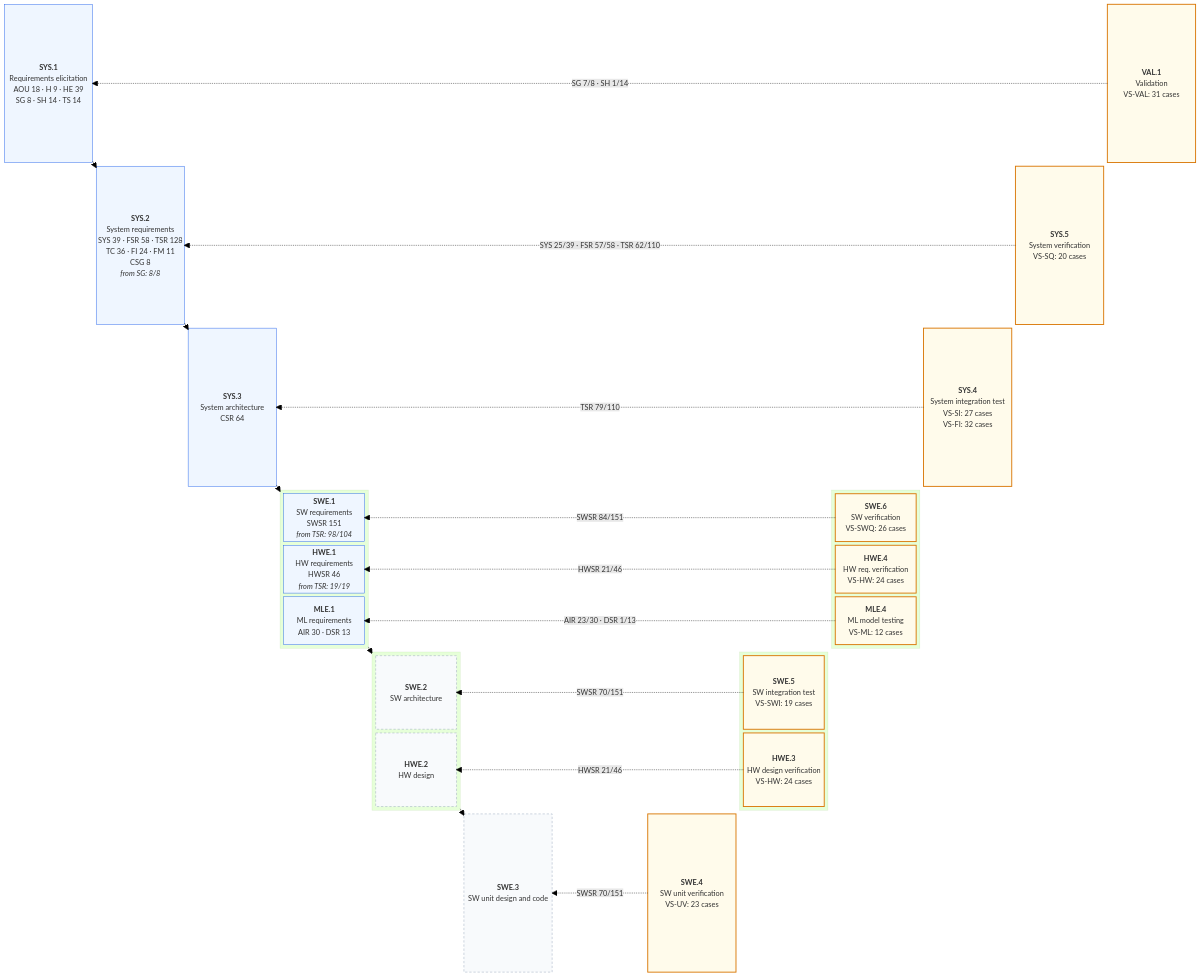
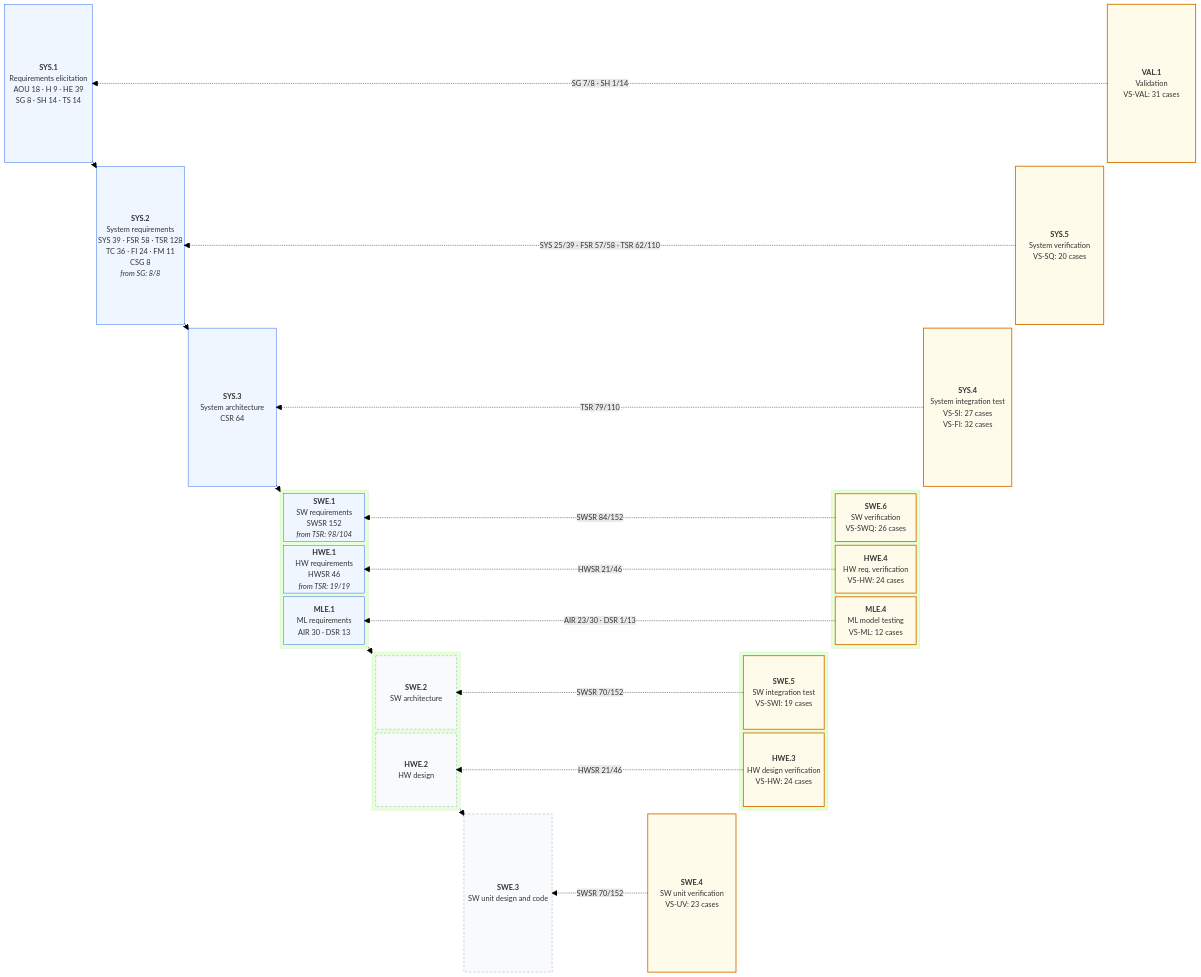
Before and after one commit to jherrodthomas/LionDriver: the first of 2 diagrams in assurance/trace/maps/aspice-trace-map.md, drawn with Mermaid (forest theme). The commit also changed other lines of this file and 25 other files, not shown here.

```diff
--- a/assurance/trace/maps/aspice-trace-map.md
+++ b/assurance/trace/maps/aspice-trace-map.md
@@ -66,7 +66,7 @@
   space
   block:L3
     columns 1
-    SWE1["<b>SWE.1</b><br/>SW requirements<br/>SWSR 151<br/><i>from TSR: 98/104</i>"]
+    SWE1["<b>SWE.1</b><br/>SW requirements<br/>SWSR 152<br/><i>from TSR: 98/104</i>"]
     HWE1["<b>HWE.1</b><br/>HW requirements<br/>HWSR 46<br/><i>from TSR: 19/19</i>"]
     MLE1["<b>MLE.1</b><br/>ML requirements<br/>AIR 30 · DSR 13"]
   end
@@ -126,12 +126,12 @@
   VAL1 -. "SG 7/8 · SH 1/14" .-> SYS1
   SYS5 -. "SYS 25/39 · FSR 57/58 · TSR 62/110" .-> SYS2
   SYS4 -. "TSR 79/110" .-> SYS3
-  SWE6 -. "SWSR 84/151" .-> SWE1
+  SWE6 -. "SWSR 84/152" .-> SWE1
   HWE4 -. "HWSR 21/46" .-> HWE1
   MLE4 -. "AIR 23/30 · DSR 1/13" .-> MLE1
-  SWE5 -. "SWSR 70/151" .-> SWE2
+  SWE5 -. "SWSR 70/152" .-> SWE2
   HWE3 -. "HWSR 21/46" .-> HWE2
-  SWE4 -. "SWSR 70/151" .-> SWE3
+  SWE4 -. "SWSR 70/152" .-> SWE3
   style VAL1 fill:#FFFBEB,stroke:#D97706,stroke-width:2px
   style SYS5 fill:#FFFBEB,stroke:#D97706,stroke-width:2px
   style SYS4 fill:#FFFBEB,stroke:#D97706,stroke-width:2px
```
